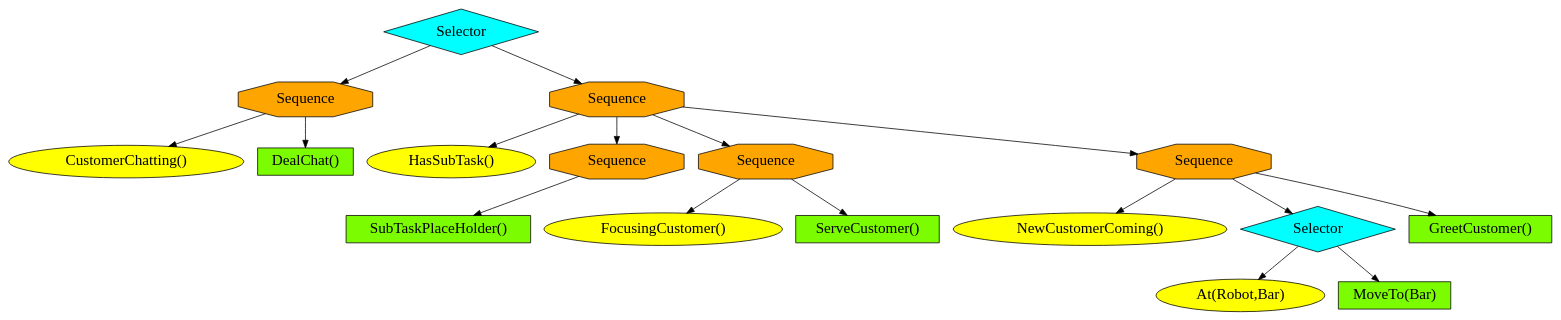
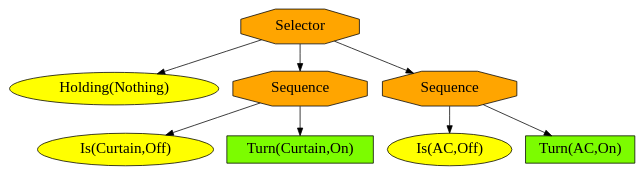
Before and after one commit to HPCL-EI/RoboWaiter: the diagram in robowaiter/utils/draw_bt/test.dot, drawn with Graphviz. The commit also changed 93 other files, not shown here.

```diff
--- a/robowaiter/utils/draw_bt/test.dot
+++ b/robowaiter/utils/draw_bt/test.dot
@@ -1,39 +1,21 @@
 digraph pastafarianism {
 ordering=out;
 graph [fontname="times-roman"];
 node [fontname="times-roman"];
 edge [fontname="times-roman"];
-"a3ac082f-ad46-4cc9-86b4-3e76c3c564d3" [fillcolor=cyan, fontcolor=black, fontsize=20, height=0.01, label=Selector, shape=diamond, style=filled, width=0.01];
-"717a1290-56bc-41e1-9b4b-e6df93d40e64" [fillcolor=orange, fontcolor=black, fontsize=20, height=0.01, label=Sequence, shape=octagon, style=filled, width=0.01];
-"a3ac082f-ad46-4cc9-86b4-3e76c3c564d3" -> "717a1290-56bc-41e1-9b4b-e6df93d40e64";
-"b3236b13-d5f2-4643-ae7c-6f27bd4ab6f2" [fillcolor=yellow, fontcolor=black, fontsize=20, label="CustomerChatting()", shape=ellipse, style=filled];
-"717a1290-56bc-41e1-9b4b-e6df93d40e64" -> "b3236b13-d5f2-4643-ae7c-6f27bd4ab6f2";
-"28015225-b7a4-4f38-b26f-4dbe5eea4154" [fillcolor=lawngreen, fontcolor=black, fontsize=20, label="DealChat()", shape=box, style=filled];
-"717a1290-56bc-41e1-9b4b-e6df93d40e64" -> "28015225-b7a4-4f38-b26f-4dbe5eea4154";
-"ff83c742-a2ba-4aa5-8b3a-39ecd7c03b0e" [fillcolor=orange, fontcolor=black, fontsize=20, height=0.01, label=Sequence, shape=octagon, style=filled, width=0.01];
-"a3ac082f-ad46-4cc9-86b4-3e76c3c564d3" -> "ff83c742-a2ba-4aa5-8b3a-39ecd7c03b0e";
-"2f77f976-499c-4601-9d8c-86dd80d66dfa" [fillcolor=yellow, fontcolor=black, fontsize=20, label="HasSubTask()", shape=ellipse, style=filled];
-"ff83c742-a2ba-4aa5-8b3a-39ecd7c03b0e" -> "2f77f976-499c-4601-9d8c-86dd80d66dfa";
-"2428792c-3896-443d-8744-f5e286644fad" [fillcolor=orange, fontcolor=black, fontsize=20, height=0.01, label=Sequence, shape=octagon, style=filled, width=0.01];
-"ff83c742-a2ba-4aa5-8b3a-39ecd7c03b0e" -> "2428792c-3896-443d-8744-f5e286644fad";
-"4bb7a9c3-521b-408f-b403-1fd25d54b192" [fillcolor=lawngreen, fontcolor=black, fontsize=20, label="SubTaskPlaceHolder()", shape=box, style=filled];
-"2428792c-3896-443d-8744-f5e286644fad" -> "4bb7a9c3-521b-408f-b403-1fd25d54b192";
-"64b2362a-d99e-4e99-8772-ad1419e53a2e" [fillcolor=orange, fontcolor=black, fontsize=20, height=0.01, label=Sequence, shape=octagon, style=filled, width=0.01];
-"ff83c742-a2ba-4aa5-8b3a-39ecd7c03b0e" -> "64b2362a-d99e-4e99-8772-ad1419e53a2e";
-"fd7124ba-c9d1-4fde-8063-e8337d335121" [fillcolor=yellow, fontcolor=black, fontsize=20, label="FocusingCustomer()", shape=ellipse, style=filled];
-"64b2362a-d99e-4e99-8772-ad1419e53a2e" -> "fd7124ba-c9d1-4fde-8063-e8337d335121";
-"169ebec9-3645-4fbb-a533-5186a8e5967b" [fillcolor=lawngreen, fontcolor=black, fontsize=20, label="ServeCustomer()", shape=box, style=filled];
-"64b2362a-d99e-4e99-8772-ad1419e53a2e" -> "169ebec9-3645-4fbb-a533-5186a8e5967b";
-"bea12066-ecbd-49b0-8934-efcb2c38b5f5" [fillcolor=orange, fontcolor=black, fontsize=20, height=0.01, label=Sequence, shape=octagon, style=filled, width=0.01];
-"ff83c742-a2ba-4aa5-8b3a-39ecd7c03b0e" -> "bea12066-ecbd-49b0-8934-efcb2c38b5f5";
-"a847a0cc-c5af-4757-aa8c-8baef72788dc" [fillcolor=yellow, fontcolor=black, fontsize=20, label="NewCustomerComing()", shape=ellipse, style=filled];
-"bea12066-ecbd-49b0-8934-efcb2c38b5f5" -> "a847a0cc-c5af-4757-aa8c-8baef72788dc";
-"99354f05-1716-46b2-9151-d88eac0a5b27" [fillcolor=cyan, fontcolor=black, fontsize=20, height=0.01, label=Selector, shape=diamond, style=filled, width=0.01];
-"bea12066-ecbd-49b0-8934-efcb2c38b5f5" -> "99354f05-1716-46b2-9151-d88eac0a5b27";
-"19de10a3-7554-43a3-b892-34cb2e32ab9a" [fillcolor=yellow, fontcolor=black, fontsize=20, label="At(Robot,Bar)", shape=ellipse, style=filled];
-"99354f05-1716-46b2-9151-d88eac0a5b27" -> "19de10a3-7554-43a3-b892-34cb2e32ab9a";
-"4286d652-c4ef-4522-a7f1-b5c865dcc4c9" [fillcolor=lawngreen, fontcolor=black, fontsize=20, label="MoveTo(Bar)", shape=box, style=filled];
-"99354f05-1716-46b2-9151-d88eac0a5b27" -> "4286d652-c4ef-4522-a7f1-b5c865dcc4c9";
-"a3766a34-5152-4f82-8fba-8bf1f6b3830b" [fillcolor=lawngreen, fontcolor=black, fontsize=20, label="GreetCustomer()", shape=box, style=filled];
-"bea12066-ecbd-49b0-8934-efcb2c38b5f5" -> "a3766a34-5152-4f82-8fba-8bf1f6b3830b";
+"c9a8671e-b0b8-4587-a4de-a094fd678334" [fillcolor=orange, fontcolor=black, fontsize=20, height=0.01, label=Selector, shape=octagon, style=filled, width=0.01];
+"bc597ff6-b3cb-4573-9dea-944fdb38d045" [fillcolor=yellow, fontcolor=black, fontsize=20, label="Holding(Nothing)", shape=ellipse, style=filled];
+"c9a8671e-b0b8-4587-a4de-a094fd678334" -> "bc597ff6-b3cb-4573-9dea-944fdb38d045";
+"a8e26121-f5cc-4ba5-b98e-86bd84de06d6" [fillcolor=orange, fontcolor=black, fontsize=20, height=0.01, label=Sequence, shape=octagon, style=filled, width=0.01];
+"c9a8671e-b0b8-4587-a4de-a094fd678334" -> "a8e26121-f5cc-4ba5-b98e-86bd84de06d6";
+"676d8bda-2c30-44a5-bca2-ade68761403a" [fillcolor=yellow, fontcolor=black, fontsize=20, label="Is(Curtain,Off)", shape=ellipse, style=filled];
+"a8e26121-f5cc-4ba5-b98e-86bd84de06d6" -> "676d8bda-2c30-44a5-bca2-ade68761403a";
+"c3d096cf-f848-46a3-9497-5398614798e8" [fillcolor=lawngreen, fontcolor=black, fontsize=20, label="Turn(Curtain,On)", shape=box, style=filled];
+"a8e26121-f5cc-4ba5-b98e-86bd84de06d6" -> "c3d096cf-f848-46a3-9497-5398614798e8";
+"400b4104-ff96-4d64-89b2-49dc6e4e3cbd" [fillcolor=orange, fontcolor=black, fontsize=20, height=0.01, label=Sequence, shape=octagon, style=filled, width=0.01];
+"c9a8671e-b0b8-4587-a4de-a094fd678334" -> "400b4104-ff96-4d64-89b2-49dc6e4e3cbd";
+"3fc48afc-1cef-45f5-826d-2571d7979a2f" [fillcolor=yellow, fontcolor=black, fontsize=20, label="Is(AC,Off)", shape=ellipse, style=filled];
+"400b4104-ff96-4d64-89b2-49dc6e4e3cbd" -> "3fc48afc-1cef-45f5-826d-2571d7979a2f";
+"47af4df0-8811-45a5-95e2-f0fc9458ddfd" [fillcolor=lawngreen, fontcolor=black, fontsize=20, label="Turn(AC,On)", shape=box, style=filled];
+"400b4104-ff96-4d64-89b2-49dc6e4e3cbd" -> "47af4df0-8811-45a5-95e2-f0fc9458ddfd";
 }
```
